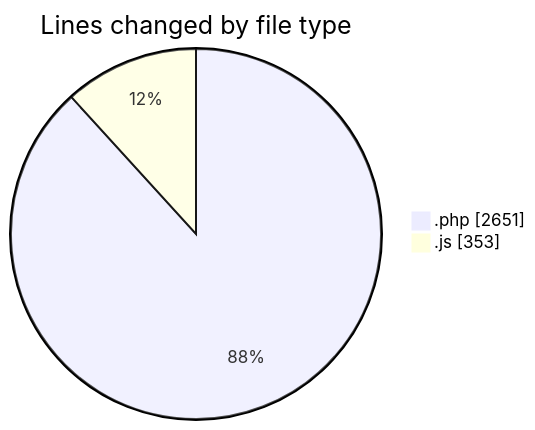
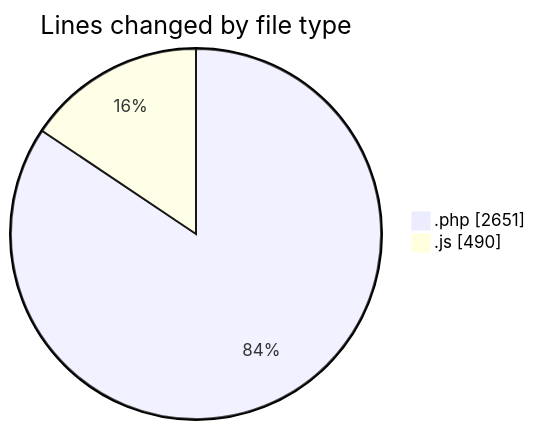
The first of 2 diagrams in 2025-10-24/untitled__workspace_/README.md (debugP/code-tracking), drawn with Mermaid before and after one commit. The commit also changed other lines of this file and 1 other file, not shown here.

````diff
--- a/2025-10-24/untitled__workspace_/README.md
+++ b/2025-10-24/untitled__workspace_/README.md
@@ -24,6 +25,6 @@
 ```mermaid
 pie showData
 title Lines changed by file type
 ".php" : 2651
-".js" : 353
+".js" : 490
 ```
````
